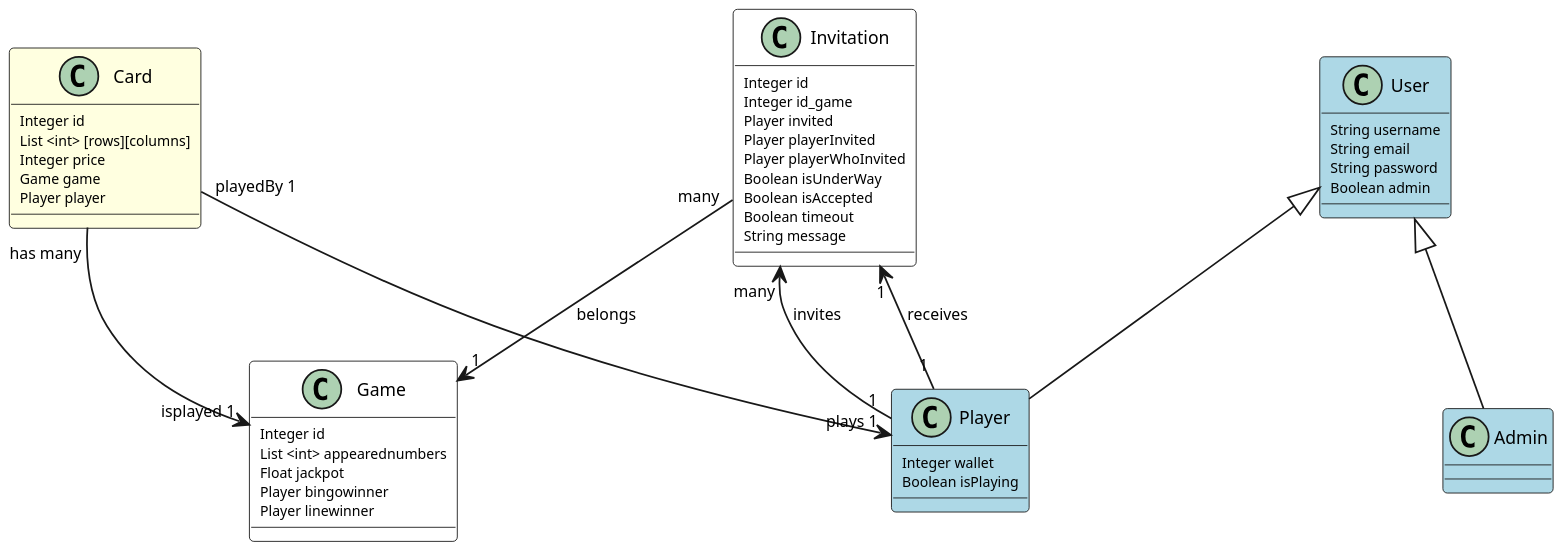
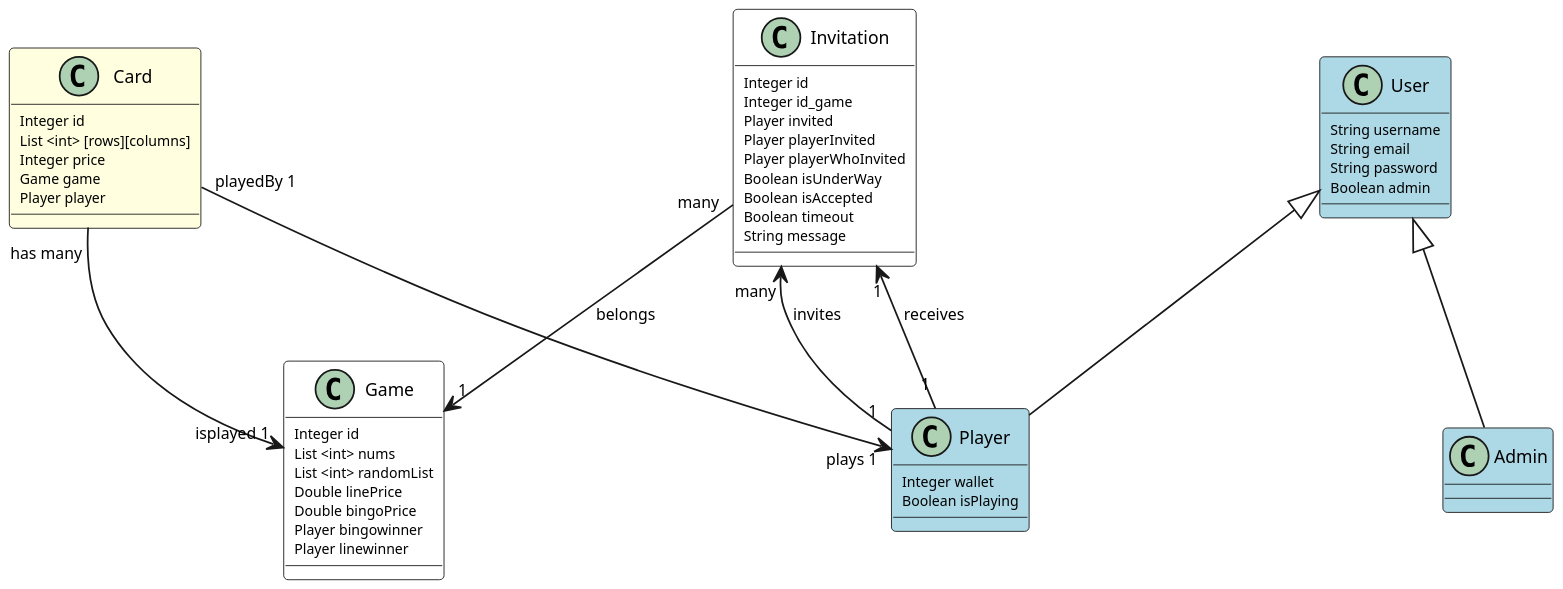
Before and after one commit to UdL-EPS-SoftArch/webingo-geiade-api: the diagram in uml.puml, drawn with PlantUML.

Commit message:
working in game

```diff
--- a/uml.puml
+++ b/uml.puml
@@ -1,67 +1,69 @@
 @startuml
 scale 800*800
 skinparam dpi 200
 skinparam classAttributeFontSize 8
 skinparam classArrowFontSize 9
 skinparam classFontSize 10
 skinparam nodesep 120
 skinparam ranksep 40
 hide stereotype
 skinparam class {
 	BackgroundColor White
 	BackgroundColor<<User>> LightBlue
 	BackgroundColor<<Card>> LightYellow
 }
 
 class Card <<Card>> {
     Integer id
     List <int> [rows][columns]
     Integer price
     Game game
     Player player
 }
 
 class Invitation <<Invitation>> {
     Integer id
     Integer id_game
     Player invited
     Player playerInvited
     Player playerWhoInvited
     Boolean isUnderWay
     Boolean isAccepted
     Boolean timeout
     String message
 }
 
 class Game <<Game>> {
     Integer id
-    List <int> appearednumbers
-    Float jackpot
+    List <int> nums
+    List <int> randomList
+    Double linePrice
+    Double bingoPrice
     Player bingowinner
     Player linewinner
 }
 Card "has many" --> "isplayed 1" Game
 
 class User <<User>> {
     String username
     String email
     String password
     Boolean admin
 
 }
 
 class Player <<User>> extends User {
     Integer wallet
     Boolean isPlaying
 
 }
 Card "playedBy 1" --> "plays 1" Player
 Invitation "many" <-- "1" Player : invites
 Invitation "1" <-- "1" Player : receives
 Invitation "many" --> "1" Game : belongs
 
 
 class Admin <<User>> extends User {
 
 }
 @enduml
```
